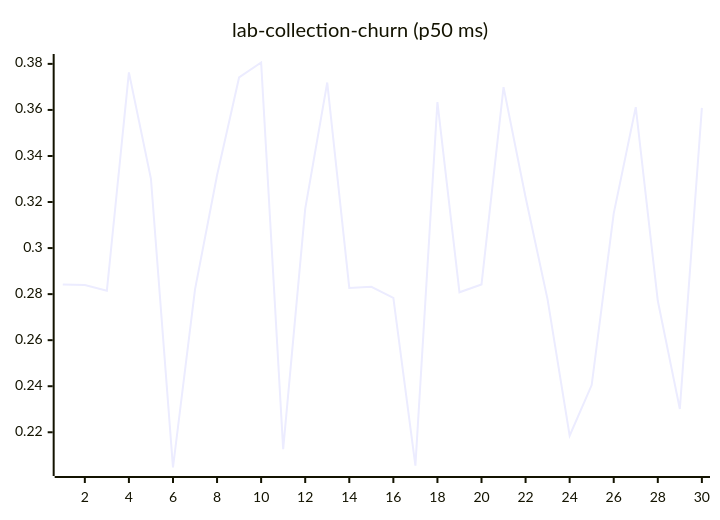
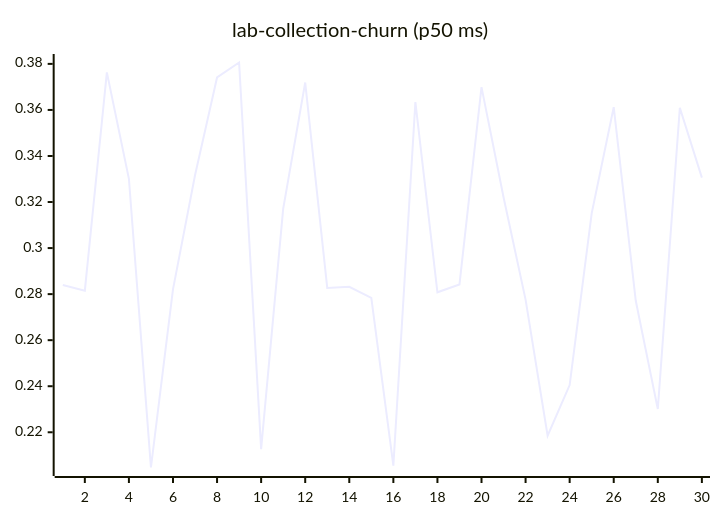
One commit to josha/Facet changed diagram 11 of 27 in README.md. Above: the diagram before and after it, drawn with Mermaid. The commit also changed other lines of this file and 2 other files, not shown here.

````diff
--- a/README.md
+++ b/README.md
@@ -133,6 +133,6 @@
 ```mermaid
 xychart-beta
     title "lab-collection-churn (p50 ms)"
     x-axis 1 --> 30
-    line [0.2842, 0.2840, 0.2815, 0.3763, 0.3301, 0.2047, 0.2821, 0.3316, 0.3741, 0.3806, 0.2127, 0.3170, 0.3719, 0.2827, 0.2832, 0.2784, 0.2055, 0.3634, 0.2808, 0.2842, 0.3699, 0.3221, 0.2776, 0.2185, 0.2405, 0.3151, 0.3612, 0.2771, 0.2301, 0.3609]
+    line [0.2840, 0.2815, 0.3763, 0.3301, 0.2047, 0.2821, 0.3316, 0.3741, 0.3806, 0.2127, 0.3170, 0.3719, 0.2827, 0.2832, 0.2784, 0.2055, 0.3634, 0.2808, 0.2842, 0.3699, 0.3221, 0.2776, 0.2185, 0.2405, 0.3151, 0.3612, 0.2771, 0.2301, 0.3609, 0.3306]
 ```
````
